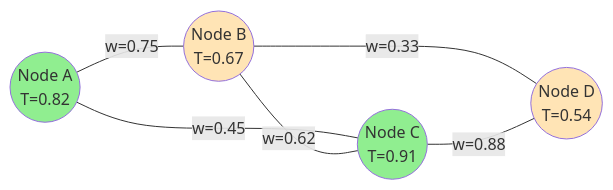
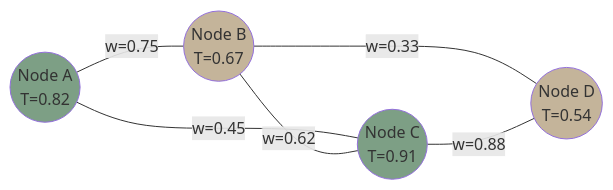
The fourth of 5 diagrams in docs/concepts/introduction.md (ScopeCreep-zip/Symbiont), drawn with Mermaid before and after one commit. The commit also changed other lines of this file and 17 other files, not shown here.

Commit message:
update to diagram colors

````diff
--- a/docs/concepts/introduction.md
+++ b/docs/concepts/introduction.md
@@ -180,13 +180,13 @@
 ```mermaid
 graph LR
     A((Node A<br/>T=0.82)) ---|w=0.75| B((Node B<br/>T=0.67))
     A ---|w=0.45| C((Node C<br/>T=0.91))
     B ---|w=0.62| C
     B ---|w=0.33| D((Node D<br/>T=0.54))
     C ---|w=0.88| D
 
-    style A fill:#90EE90
-    style C fill:#90EE90
-    style B fill:#FFE4B5
-    style D fill:#FFE4B5
+    style A fill:#7d9f85
+    style C fill:#7d9f85
+    style B fill:#c4b49a
+    style D fill:#c4b49a
 ```
````
